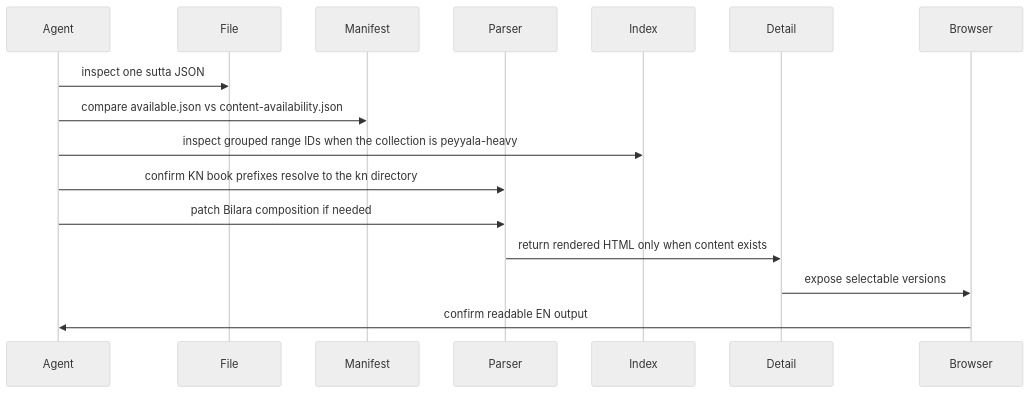
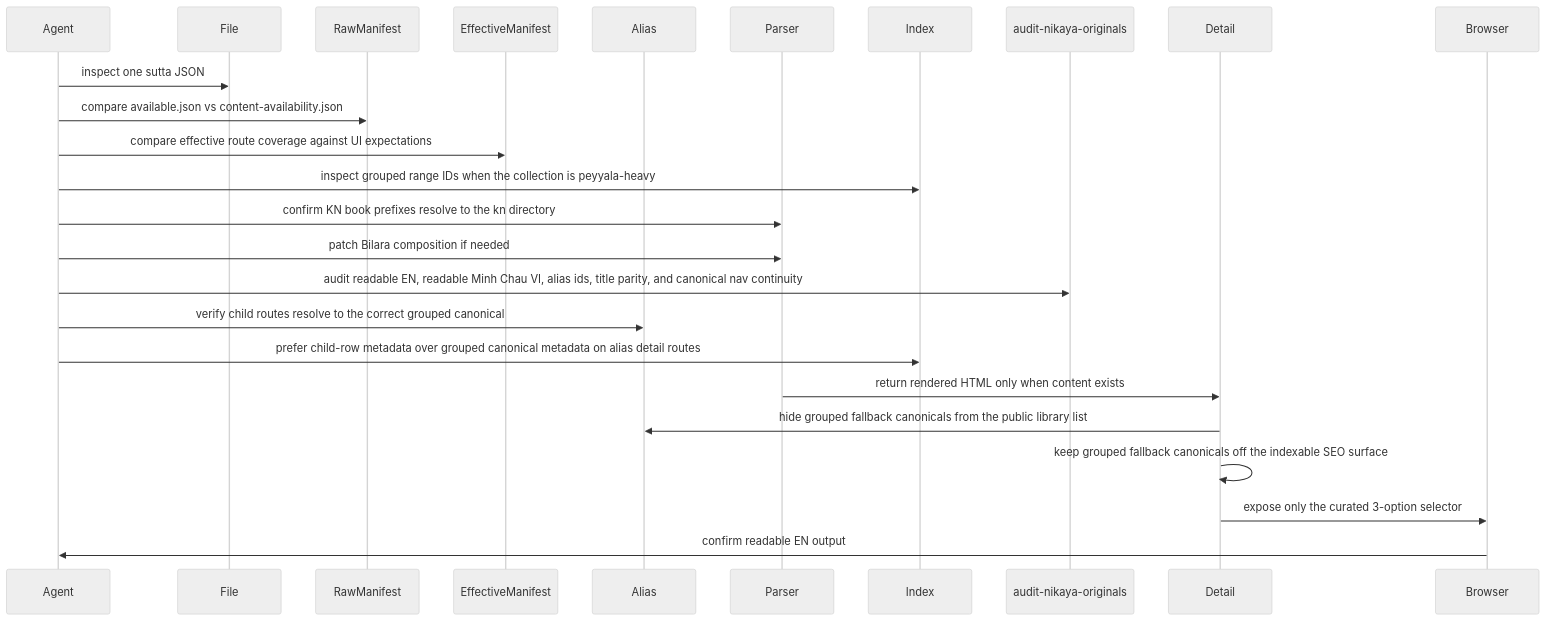
Before and after one commit to cschanhniem/cschanhniem.github.io: the eighth of 15 diagrams in SKILL.md, drawn with Mermaid (neutral theme). The commit also changed other lines of this file and 355 other files, not shown here.

Commit message:
feat: harden nikaya audits and repair kn english coverage

````diff
--- a/SKILL.md
+++ b/SKILL.md
@@ -194,19 +220,28 @@
 ```mermaid
 sequenceDiagram
     participant Agent
     participant File
-    participant Manifest
+    participant RawManifest
+    participant EffectiveManifest
+    participant Alias
     participant Parser
     participant Index
+    participant Originals as audit-nikaya-originals
     participant Detail
     participant Browser
 
     Agent->>File: inspect one sutta JSON
-    Agent->>Manifest: compare available.json vs content-availability.json
+    Agent->>RawManifest: compare available.json vs content-availability.json
+    Agent->>EffectiveManifest: compare effective route coverage against UI expectations
     Agent->>Index: inspect grouped range IDs when the collection is peyyala-heavy
     Agent->>Parser: confirm KN book prefixes resolve to the kn directory
     Agent->>Parser: patch Bilara composition if needed
+    Agent->>Originals: audit readable EN, readable Minh Chau VI, alias ids, title parity, and canonical nav continuity
+    Agent->>Alias: verify child routes resolve to the correct grouped canonical
+    Agent->>Index: prefer child-row metadata over grouped canonical metadata on alias detail routes
     Parser->>Detail: return rendered HTML only when content exists
-    Detail->>Browser: expose selectable versions
+    Detail->>Alias: hide grouped fallback canonicals from the public library list
+    Detail->>Detail: keep grouped fallback canonicals off the indexable SEO surface
+    Detail->>Browser: expose only the curated 3-option selector
     Browser->>Agent: confirm readable EN output
 ```
````
